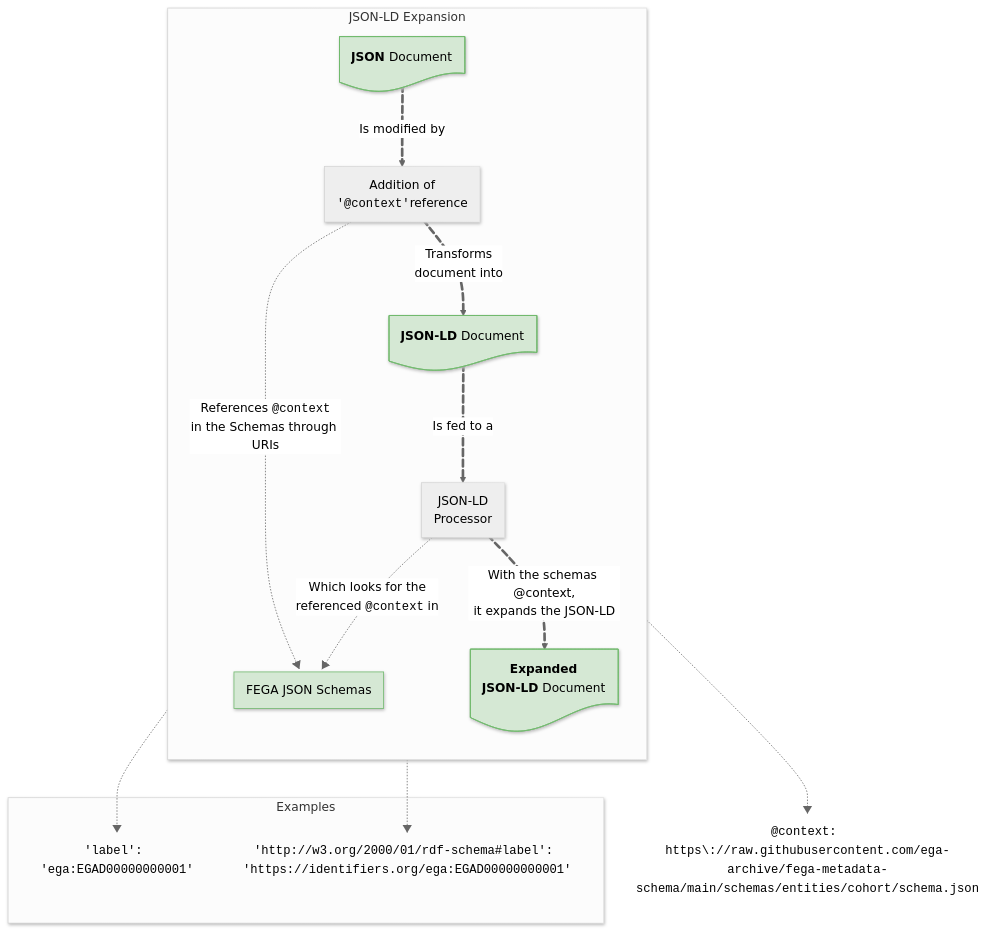
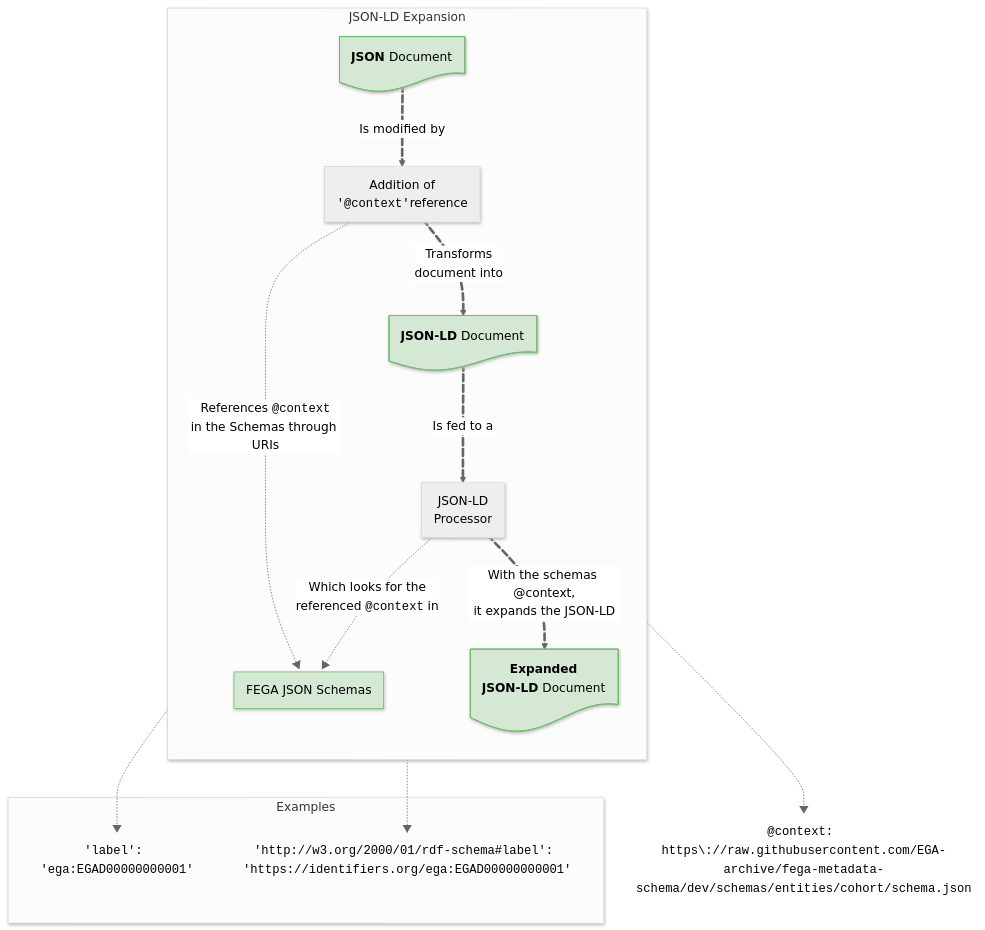
Diagram 12 of 13 in docs/FEGA-metadata-technical-report.md (EGA-archive/fega-metadata-schema), drawn with Mermaid before and after one commit. The commit also changed other lines of this file and 305 other files, not shown here.

Commit message:
Change URIs from M-casado's 'main' to EbiEga's 'dev'

````diff
--- a/docs/FEGA-metadata-technical-report.md
+++ b/docs/FEGA-metadata-technical-report.md
@@ -1947,51 +1947,51 @@
 ```mermaid
 ---
 config:
   theme: neutral
   look: neo
   layout: dagre
 ---
 flowchart TB
  subgraph s1["JSON-LD Expansion"]
     direction TB
         n1["<b>JSON </b>Document"]
         n4@{ label: "Addition of <br><code>'@context'</code>reference" }
         n5["<b>JSON-LD</b> Document"]
         n3["FEGA JSON Schemas"]
         n6["JSON-LD<br>Processor"]
         n7["<b>Expanded<br>JSON-LD</b> Document"]
   end
  subgraph s2["Examples"]
         n8@{ label: "<code>'label': 'ega:EGAD00000000001'</code>" }
         n10@{ label: "<code>'http\\://w3.org/2000/01/rdf-schema#label': 'https\\://identifiers.org/ega:EGAD00000000001'</code>" }
   end
     n1 L_n1_n4_0@== Is modified by ==> n4
     n4 L_n4_n5_0@== Transforms <br>document into ==> n5
     n4 -. References <code>@context</code><br>in the Schemas through URIs .-> n3
     n5 L_n5_n6_0@== Is fed to a ==> n6
     n6 -. Which looks for the<br>referenced <code>@context</code> in .-> n3
     n6 L_n6_n7_0@== "With the schemas @context,<br>it expands the JSON-LD" ==> n7
     n1 -.-> n8
-    n4 -.-> n9["<code>@context: https\://raw.githubusercontent.com/ega-archive/fega-metadata-schema/main/schemas/entities/cohort/schema.json</code>"]
+    n4 -.-> n9["<code>@context: https\://raw.githubusercontent.com/EGA-archive/fega-metadata-schema/dev/schemas/entities/cohort/schema.json</code>"]
     n7 -.-> n10
     n1@{ shape: doc}
     n4@{ shape: proc}
     n5@{ shape: doc}
     n6@{ shape: proc}
     n7@{ shape: doc}
     n8@{ shape: text}
     n10@{ shape: text}
     n9@{ shape: text}
      n1:::datafile
      n5:::datafile
      n3:::datafile
      n7:::datafile
     classDef biomaterial fill:#B3D9FF,stroke:#4C8BF5,stroke-width:1px
     classDef process    fill:#FFE5CC,stroke:#F5A45D,stroke-width:1px
     classDef protocol fill:#FFE5CC, stroke:#F5A45D, stroke-width:1px, fill:#feeedf, background-color:#feeedf, stroke-dasharray: 1
     classDef datafile fill:#D5E8D4, stroke:#6FB96C, stroke-width:1px
     L_n1_n4_0@{ animation: slow } 
     L_n4_n5_0@{ animation: slow } 
     L_n5_n6_0@{ animation: slow } 
     L_n6_n7_0@{ animation: slow }
 ```
````
